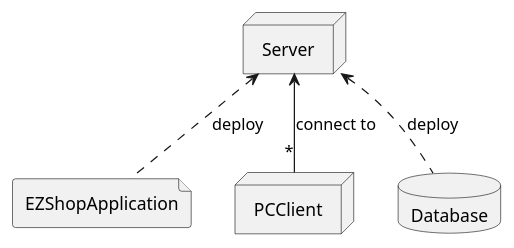
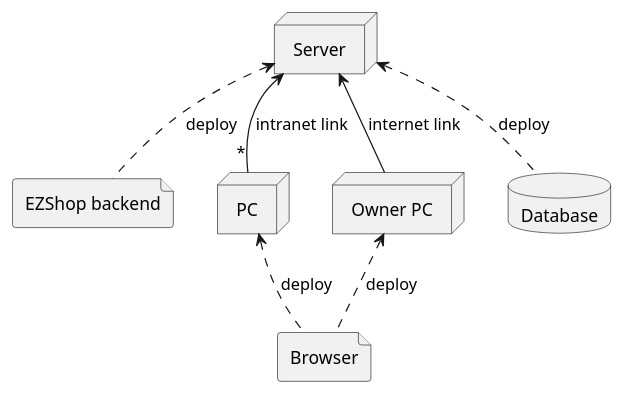
One commit to b3xul/ezshop changed the fourth of 4 diagrams in Deliverables/RequirementsDocument.md. Above: the diagram before and after it, drawn with PlantUML. The commit also changed other lines of this file, not shown here.

````diff
--- a/Deliverables/RequirementsDocument.md
+++ b/Deliverables/RequirementsDocument.md
@@ -537,12 +529,17 @@
 ```plantuml
 @startuml
-file EZShopApplication
+file "EZShop backend" as EZback
 node Server
-node PCClient
+node PC
+node "Owner PC" as OwnerPC
 database Database
+file Browser
 
-Server <-- "*"PCClient:connect to 
-Server <.. EZShopApplication:deploy
+Server <-- OwnerPC:internet link
+Server <-- "*"PC:intranet link
+Server <.. EZback :deploy
 Server <.. Database:deploy
+OwnerPC <.. Browser :deploy
+PC <.. Browser :deploy
 @enduml
 ```
````
